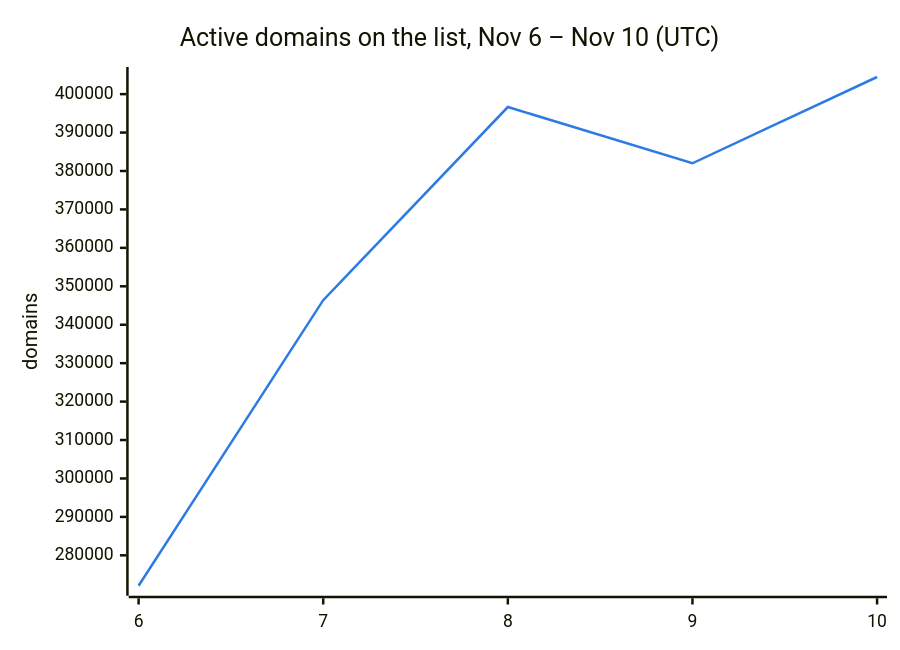
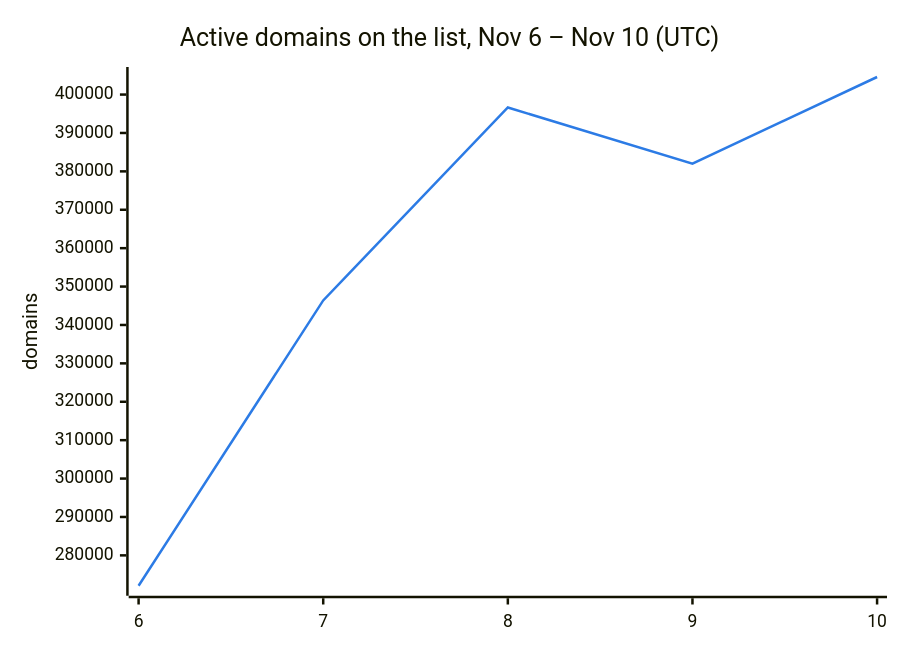
Before and after one commit to DNSBunker/CTI: the second of 3 diagrams in README.md, drawn with Mermaid. The commit also changed other lines of this file and 3 other files, not shown here.

````diff
--- a/README.md
+++ b/README.md
@@ -38,8 +38,8 @@
 ```mermaid
 %%{init: {"themeVariables": {"xyChart": {"plotColorPalette": "#2c7be5"}}}}%%
 xychart-beta
     title "Active domains on the list, Nov 6 – Nov 10 (UTC)"
     x-axis ["6", "7", "8", "9", "10"]
     y-axis "domains"
-    line [272088, 346388, 396638, 382009, 404454]
+    line [272088, 346388, 396638, 382009, 404575]
 ```
````
